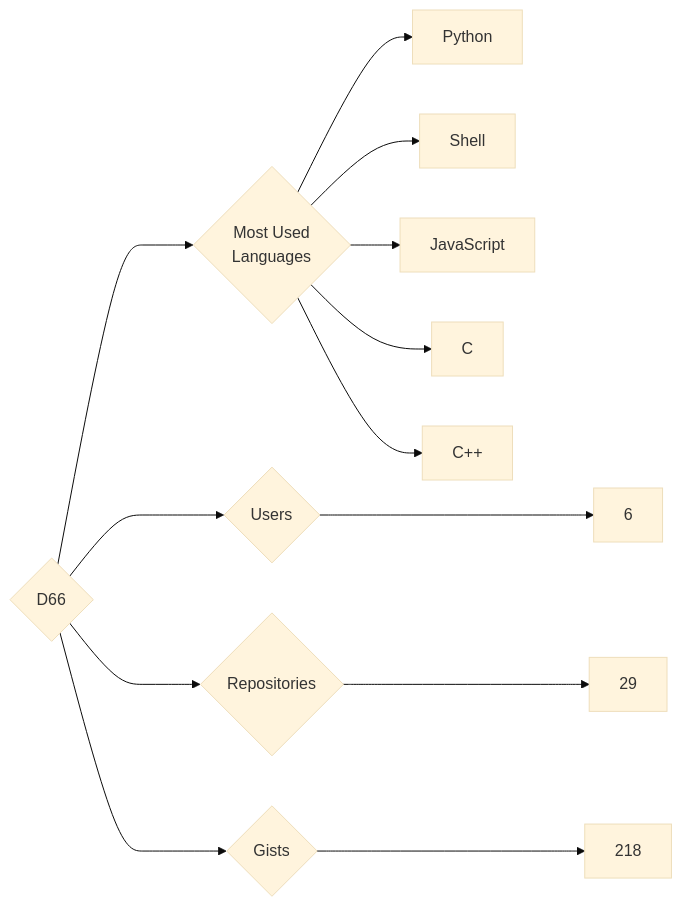
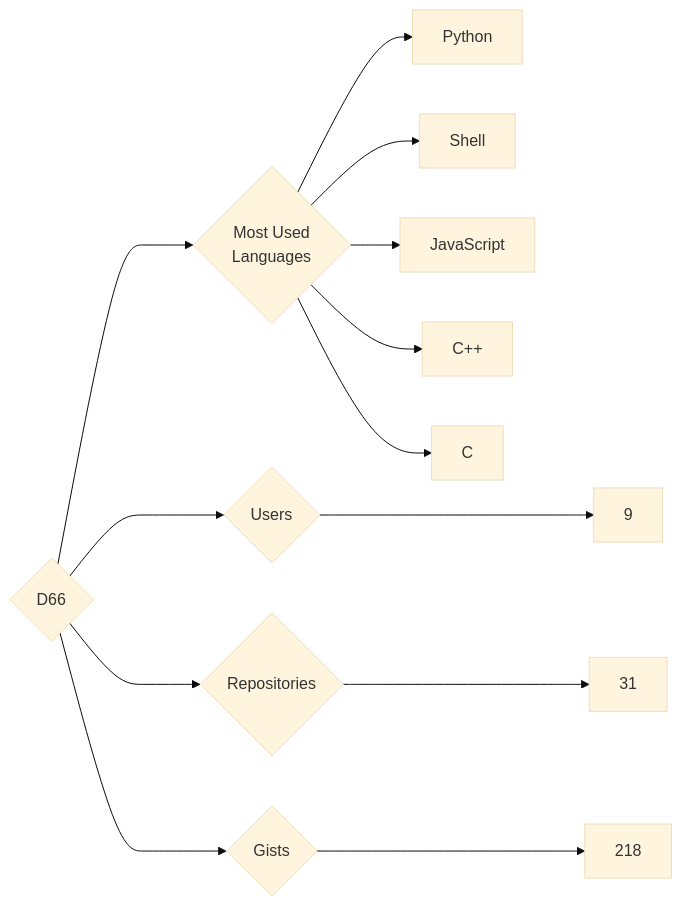
Before and after one commit to trickest/insiders: the diagram in targets/D66/README.md, drawn with Mermaid (base theme). The commit also changed 633 other files, not shown here.

````diff
--- a/targets/D66/README.md
+++ b/targets/D66/README.md
@@ -3,13 +3,13 @@
 ```mermaid
 graph LR
 COMPANY_NAME{D66}
-COMPANY_NAME ---> U{Users} ---> UN[6]
-COMPANY_NAME ---> R{Repositories} ---> RN[29]
+COMPANY_NAME ---> U{Users} ---> UN[9]
+COMPANY_NAME ---> R{Repositories} ---> RN[31]
 COMPANY_NAME ---> G{Gists} ---> GN[218]
 COMPANY_NAME ---> ML{Most Used<br>Languages}
 ML --> Python[Python]
 ML --> Shell[Shell]
 ML --> JavaScript[JavaScript]
+ML --> C++[C++]
 ML --> C[C]
-ML --> C++[C++]
 ```
````
